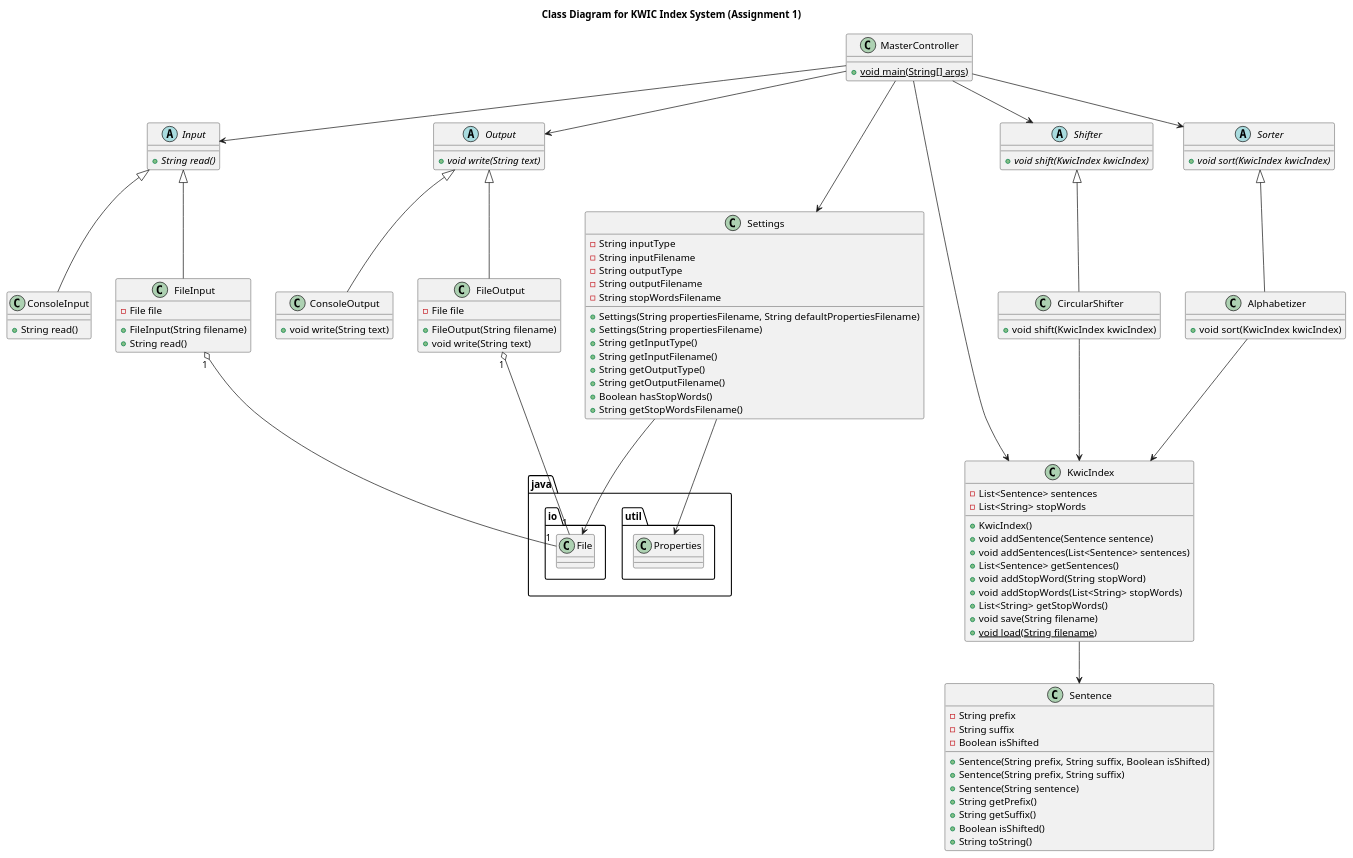
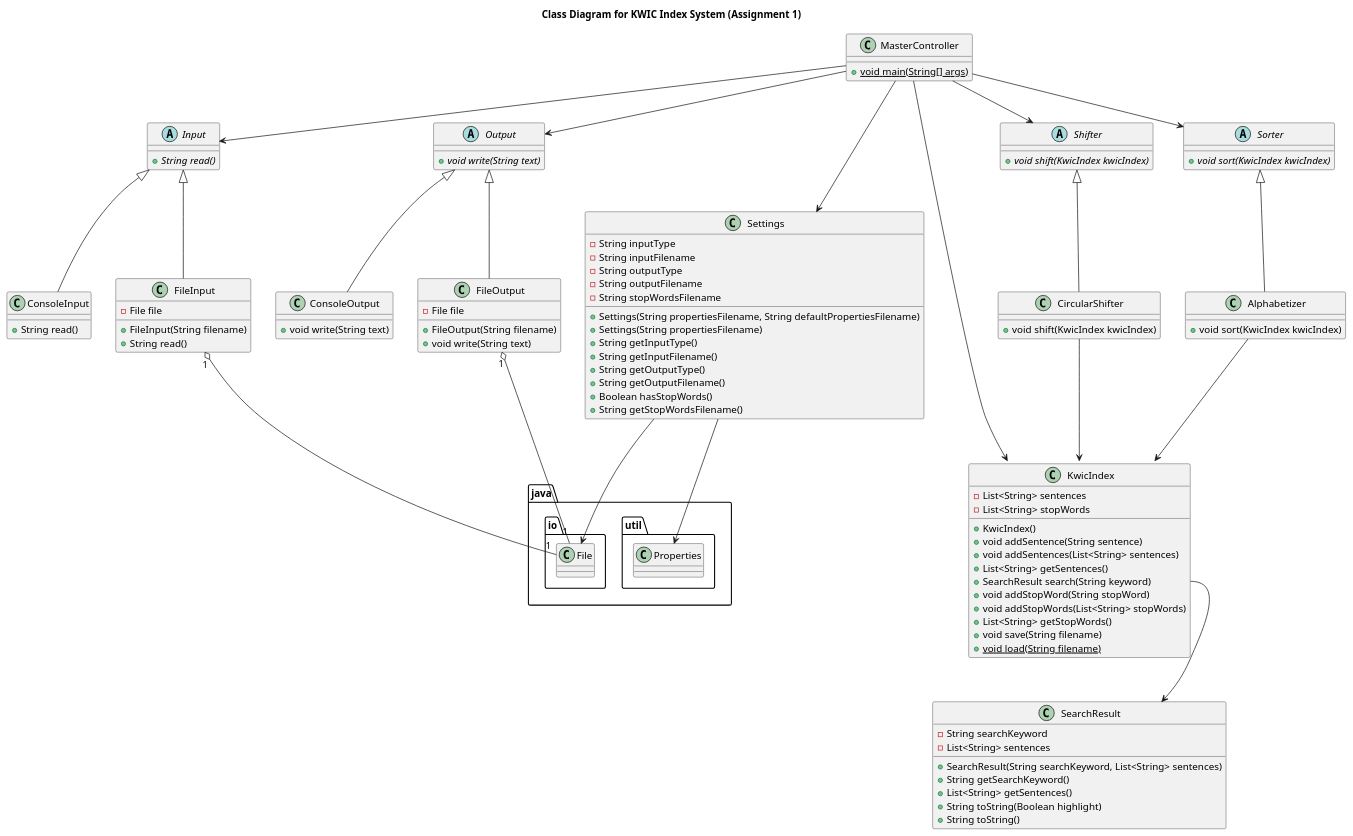
One commit to thehappydinoa/DrexelWinterTerm2022-2023 changed the diagram in SE 311/Assignments/Assignment1/assignment1.plantuml. Above: the diagram before and after it, drawn with PlantUML. The commit also changed 17 other files, not shown here.

```diff
--- a/SE 311/Assignments/Assignment1/assignment1.plantuml
+++ b/SE 311/Assignments/Assignment1/assignment1.plantuml
@@ -1,109 +1,107 @@
 @startuml SE 311 - Assignment 1
 
 title Class Diagram for KWIC Index System (Assignment 1)
 
 abstract class Input {
   +{abstract} String read()
 }
 
 class ConsoleInput extends Input {
   +String read()
 }
 
 class FileInput extends Input {
   -File file
   +FileInput(String filename)
   +String read()
 }
 FileInput "1" o-- "1" java.io.File
 
 abstract class Output {
   +{abstract} void write(String text)
 }
 
 class ConsoleOutput extends Output {
   +void write(String text)
 }
 
 class FileOutput extends Output {
   -File file
   +FileOutput(String filename)
   +void write(String text)
 }
 FileOutput "1" o-- "1" java.io.File
 
-class Sentence {
-  -String prefix
-  -String suffix
-  -Boolean isShifted
-  +Sentence(String prefix, String suffix, Boolean isShifted)
-  +Sentence(String prefix, String suffix)
-  +Sentence(String sentence)
-  +String getPrefix()
-  +String getSuffix()
-  +Boolean isShifted()
+class SearchResult {
+  -String searchKeyword
+  -List<String> sentences
+  +SearchResult(String searchKeyword, List<String> sentences)
+  +String getSearchKeyword()
+  +List<String> getSentences()
+  +String toString(Boolean highlight)
   +String toString()
 }
 
 class KwicIndex {
-  -List<Sentence> sentences
+  -List<String> sentences
   -List<String> stopWords
   +KwicIndex()
-  +void addSentence(Sentence sentence)
-  +void addSentences(List<Sentence> sentences)
-  +List<Sentence> getSentences()
+  +void addSentence(String sentence)
+  +void addSentences(List<String> sentences)
+  +List<String> getSentences()
+  +SearchResult search(String keyword)
   +void addStopWord(String stopWord)
   +void addStopWords(List<String> stopWords)
   +List<String> getStopWords()
   +void save(String filename)
   +{static} void load(String filename)
 }
-KwicIndex --> Sentence
+KwicIndex::search --> SearchResult
 
 abstract class Shifter {
   +{abstract} void shift(KwicIndex kwicIndex)
 }
 
 class CircularShifter extends Shifter {
   +void shift(KwicIndex kwicIndex)
 }
 CircularShifter --> KwicIndex
 
 abstract class Sorter {
   +{abstract} void sort(KwicIndex kwicIndex)
 }
 
 class Alphabetizer extends Sorter {
   +void sort(KwicIndex kwicIndex)
 }
 Alphabetizer --> KwicIndex
 
 class Settings {
   -String inputType
   -String inputFilename
   -String outputType
   -String outputFilename
   -String stopWordsFilename
   +Settings(String propertiesFilename, String defaultPropertiesFilename)
   +Settings(String propertiesFilename)
   +String getInputType()
   +String getInputFilename()
   +String getOutputType()
   +String getOutputFilename()
   +Boolean hasStopWords()
   +String getStopWordsFilename()
 }
 Settings --> java.util.Properties
 Settings --> java.io.File
 
 class MasterController {
   +{static} void main(String[] args)
 }
 MasterController --> Settings
 MasterController --> KwicIndex
 MasterController --> Input
 MasterController --> Shifter
 MasterController --> Sorter
 MasterController --> Output
 
 @enduml
```
